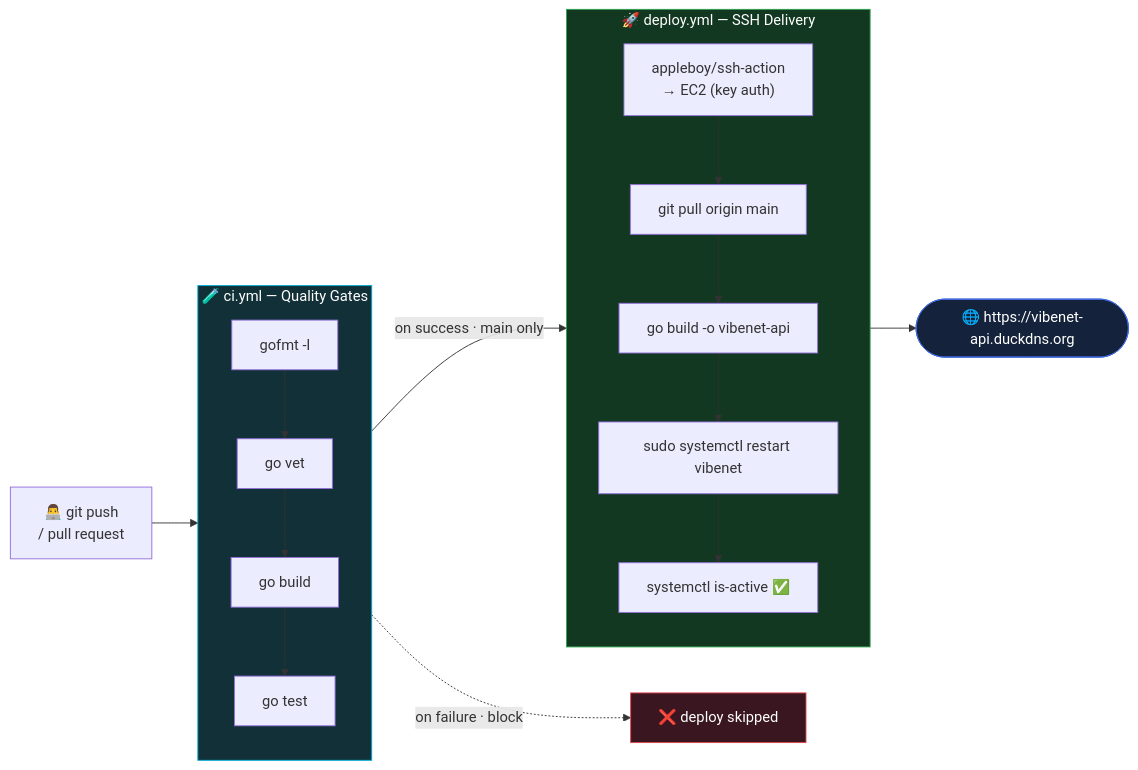
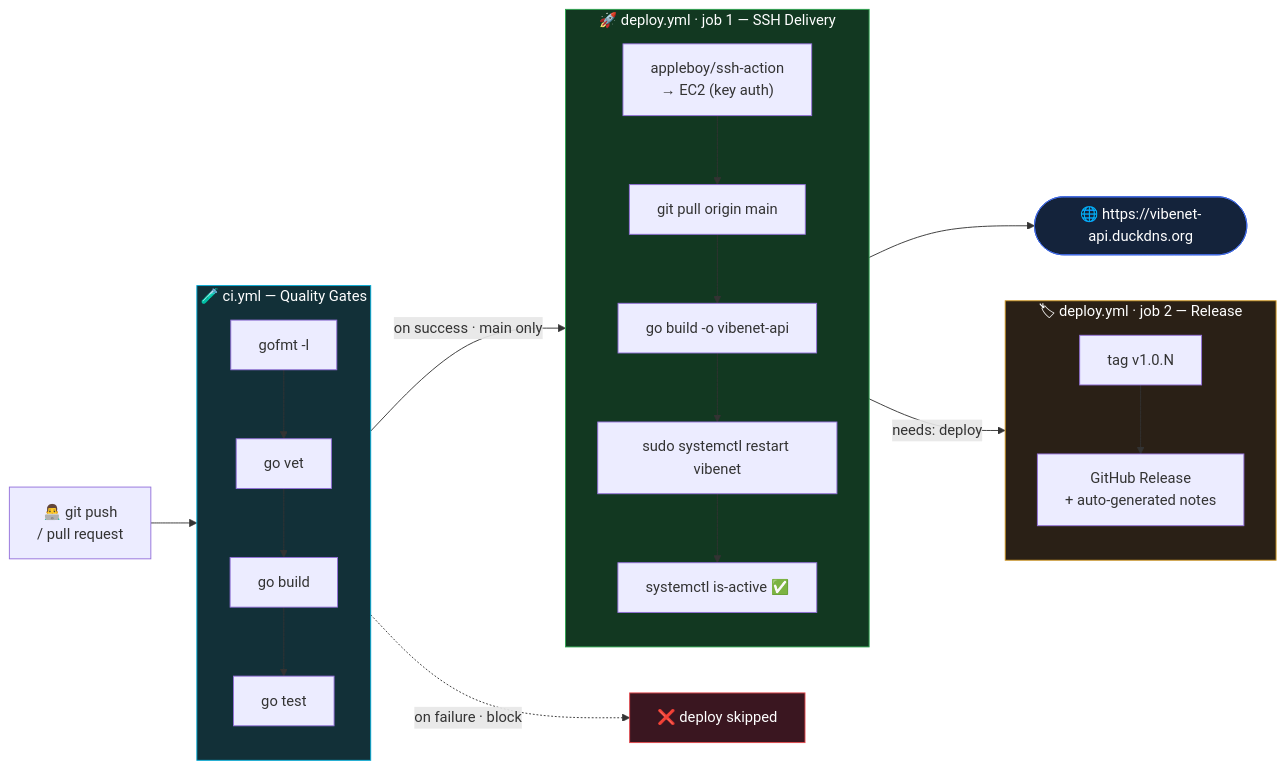
Before and after one commit to ChamathDilshanC/VibeNet-backend: the fifth of 5 diagrams in README.md, drawn with Mermaid. The commit also changed other lines of this file and 1 other file, not shown here.

Commit message:
Add GitHub release automation to deploy workflow
Added a new 'release' job to deploy.yml that automatically creates GitHub releases and tags (v1.0.N) after successful production deployments. Also added workflow permissions for creating releases and configured the deploy job with environment tracking for the production environment. Updated README documentation and deployment diagram to reflect the new release job and tracking.

````diff
--- a/README.md
+++ b/README.md
@@ -383,29 +383,36 @@
 ```mermaid
 flowchart LR
     DEV["👨‍💻 git push<br/>/ pull request"]
 
     subgraph CI["🧪 ci.yml — Quality Gates"]
         direction TB
         FMT["gofmt -l"] --> VET["go vet"] --> BUILD["go build"] --> TEST["go test"]
     end
 
-    subgraph CD["🚀 deploy.yml — SSH Delivery"]
+    subgraph CD["🚀 deploy.yml · job 1 — SSH Delivery"]
         direction TB
         SSH["appleboy/ssh-action<br/>→ EC2 (key auth)"] --> PULL["git pull origin main"]
         PULL --> REBUILD["go build -o vibenet-api"]
         REBUILD --> RESTART["sudo systemctl restart vibenet"]
         RESTART --> VERIFY["systemctl is-active ✅"]
+    end
+
+    subgraph REL["🏷 deploy.yml · job 2 — Release"]
+        direction TB
+        TAG["tag v1.0.N"] --> GHREL["GitHub Release<br/>+ auto-generated notes"]
     end
 
     LIVE(["🌐 https://vibenet-api.duckdns.org"])
 
     DEV --> CI
     CI -->|"on success · main only"| CD
     CI -.->|"on failure · block"| STOP["❌ deploy skipped"]
     CD --> LIVE
+    CD -->|"needs: deploy"| REL
 
     style CI fill:#123038,stroke:#00ADD8,color:#fff
     style CD fill:#123821,stroke:#2EA44F,color:#fff
+    style REL fill:#2a2016,stroke:#d29922,color:#fff
     style STOP fill:#3a1620,stroke:#e5484d,color:#fff
     style LIVE fill:#14233b,stroke:#4169E1,color:#fff
 ```
````
